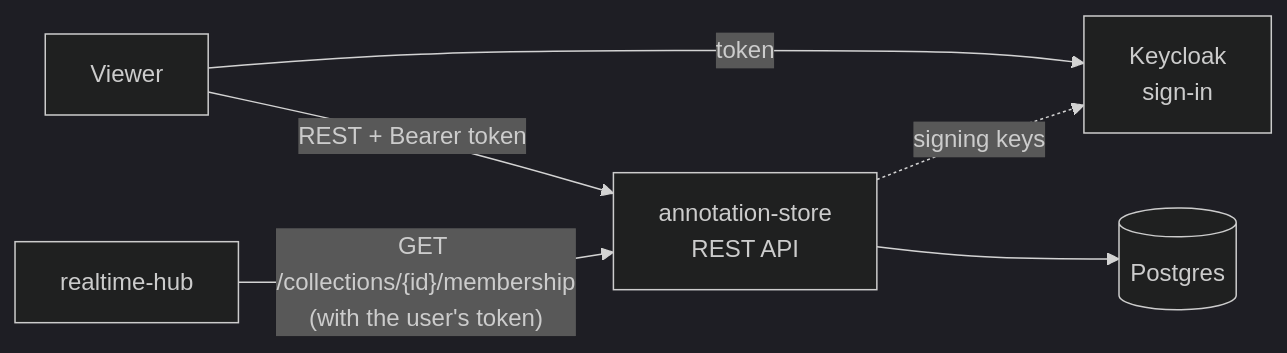
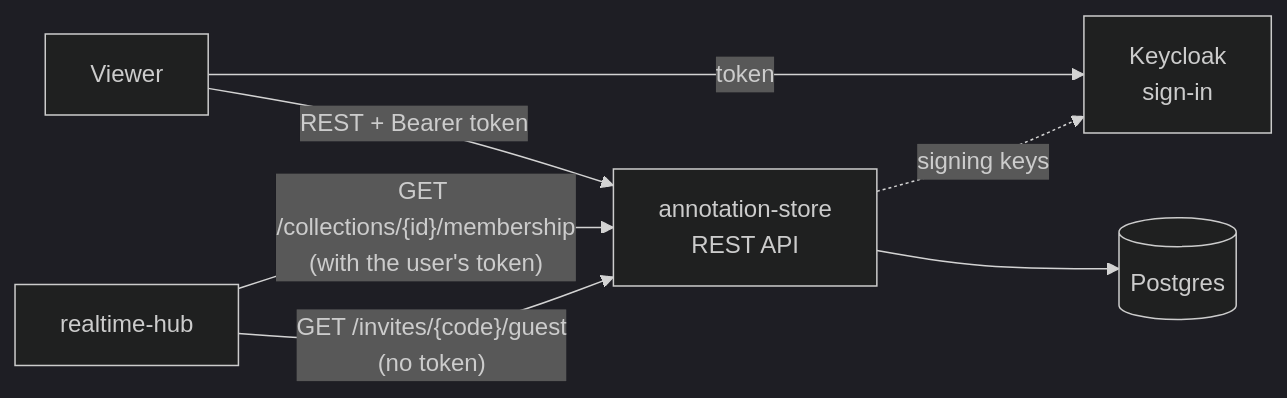
The first of 5 diagrams in docs/breakdown/annotation-store.md (ewanhmack05/Diss-Project), drawn with Mermaid (dark theme) before and after one commit. The commit also changed other lines of this file and 93 other files, not shown here.

````diff
--- a/docs/breakdown/annotation-store.md
+++ b/docs/breakdown/annotation-store.md
@@ -35,13 +35,14 @@
 ```mermaid
 flowchart LR
   V["Viewer"]
   K["Keycloak<br/>sign-in"]
   A["annotation-store<br/>REST API"]
   P[("Postgres")]
   H["realtime-hub"]
   V -- "token" --> K
   V -- "REST + Bearer token" --> A
   H -- "GET /collections/{id}/membership<br/>(with the user's token)" --> A
+  H -- "GET /invites/{code}/guest<br/>(no token)" --> A
   A --> P
   A -. "signing keys" .-> K
 ```
````
